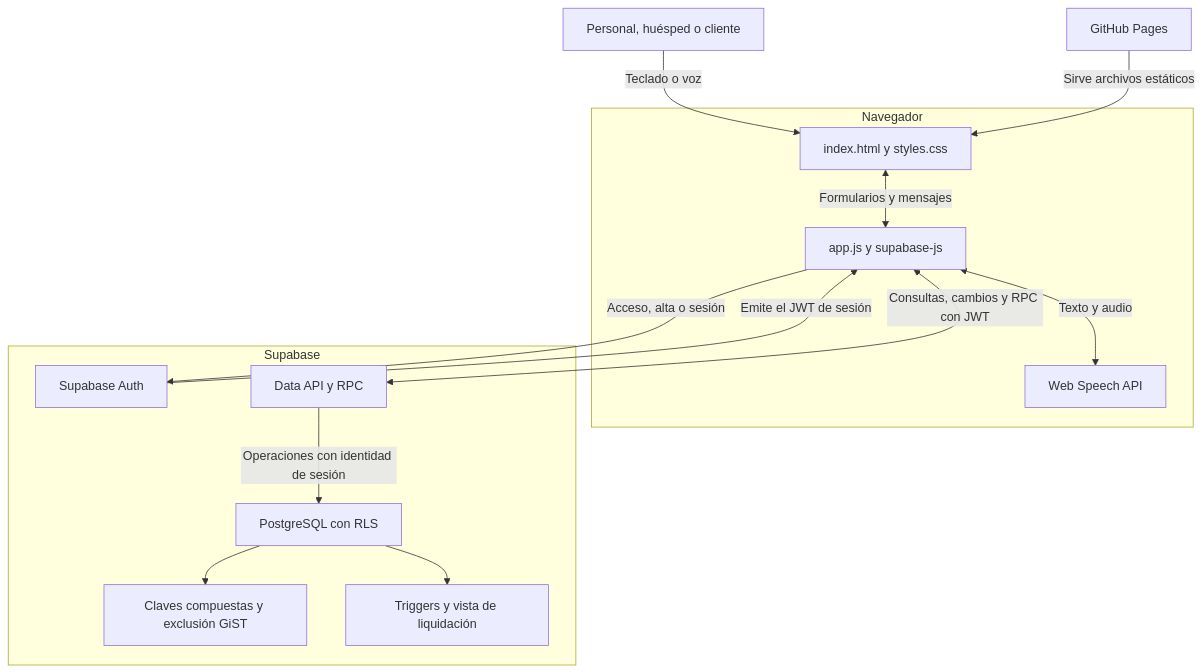
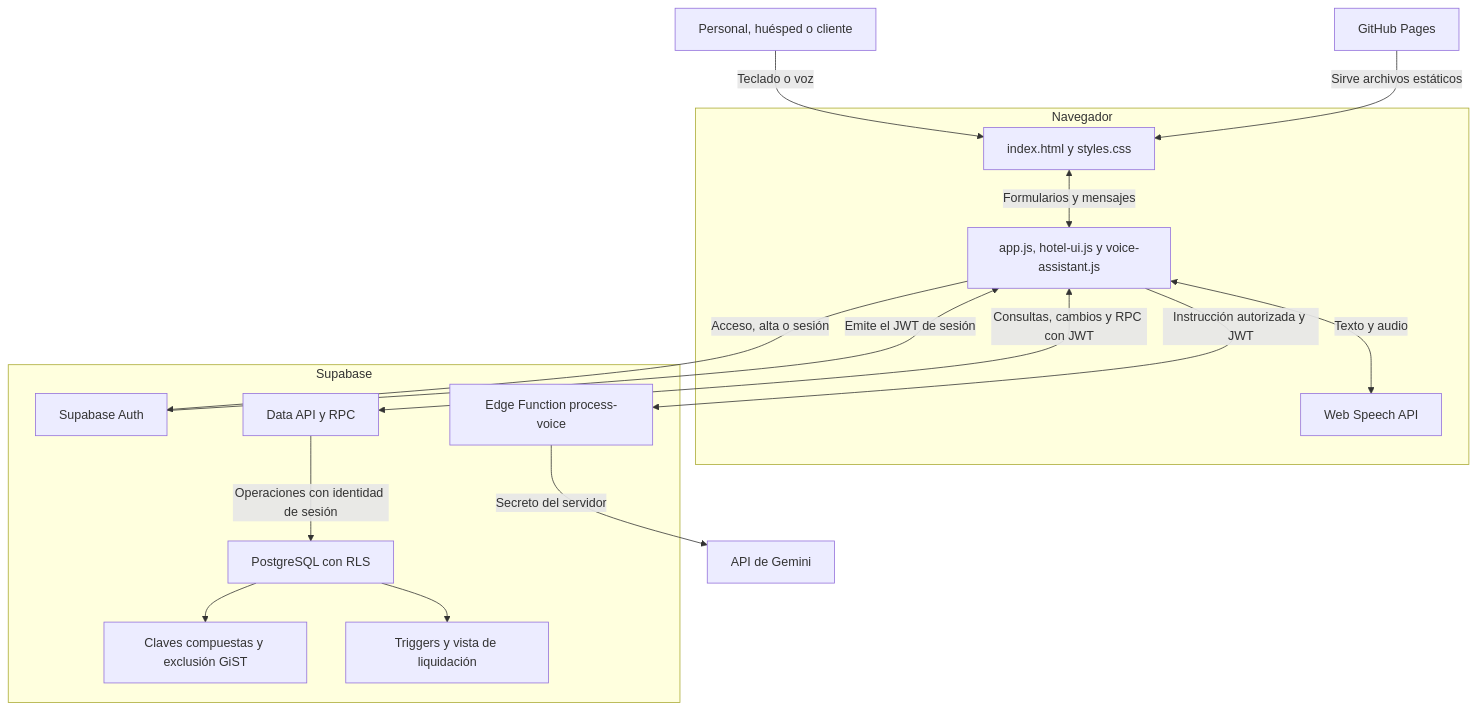
Before and after one commit to amadorjara-alt/HotelERP: the fourth of 4 diagrams in HotelERP_Diagramas_y_Sustentacion.md, drawn with Mermaid. The commit also changed other lines of this file, not shown here.

Commit message:
Actualizar diagramas Mermaid y guía de defensa

````diff
--- a/HotelERP_Diagramas_y_Sustentacion.md
+++ b/HotelERP_Diagramas_y_Sustentacion.md
@@ -175,23 +188,26 @@
 ```mermaid
 flowchart TB
   U[Personal, huésped o cliente] -->|Teclado o voz| UI
   Pages[GitHub Pages] -->|Sirve archivos estáticos| UI
   subgraph Browser[Navegador]
     UI[index.html y styles.css]
-    JS[app.js y supabase-js]
+    JS[app.js, hotel-ui.js y voice-assistant.js]
     Speech[Web Speech API]
     UI <-->|Formularios y mensajes| JS
     JS <-->|Texto y audio| Speech
   end
   subgraph Sup[Supabase]
     Auth[Supabase Auth]
     API[Data API y RPC]
     DB[PostgreSQL con RLS]
+    Edge[Edge Function process-voice]
     Auth -->|Emite el JWT de sesión| JS
     API -->|Operaciones con identidad de sesión| DB
     DB --> Rules[Claves compuestas y exclusión GiST]
     DB --> Calc[Triggers y vista de liquidación]
   end
   JS -->|Acceso, alta o sesión| Auth
   JS <-->|Consultas, cambios y RPC con JWT| API
+  JS -->|Instrucción autorizada y JWT| Edge
+  Edge -->|Secreto del servidor| AI[API de Gemini]
 ```
````
